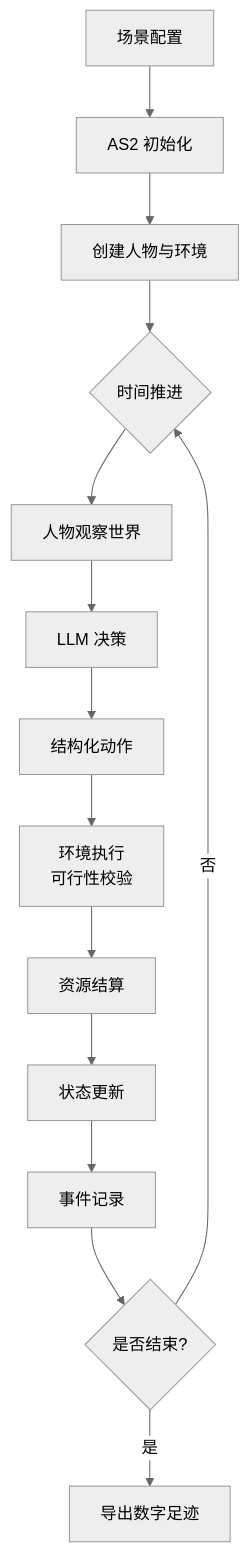
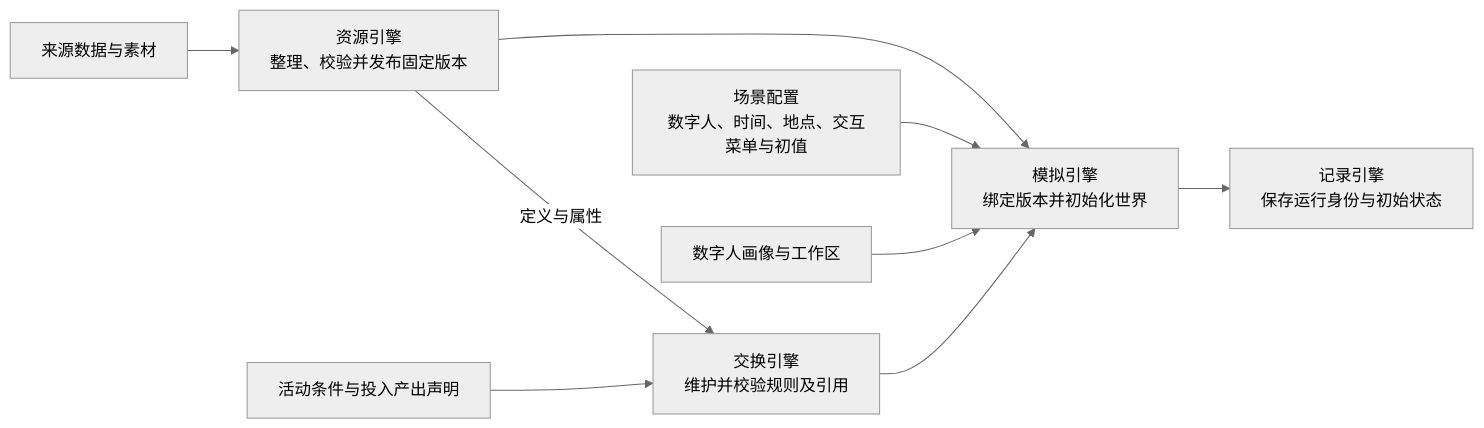
The second of 7 diagrams in docs/design/01-architecture.md (HoldThatThgt/WorldMock), drawn with Mermaid (neutral theme) before and after one commit. The commit also changed other lines of this file and 46 other files, not shown here.

````diff
--- a/docs/design/01-architecture.md
+++ b/docs/design/01-architecture.md
@@ -162,16 +104,11 @@
 ```mermaid
-flowchart TB
-    A[场景配置] --> B[AS2 初始化]
-    B --> C[创建人物与环境]
-    C --> D{时间推进}
-    D --> E[人物观察世界]
-    E --> F[LLM 决策]
-    F --> G[结构化动作]
-    G --> H[环境执行<br/>可行性校验]
-    H --> I[资源结算]
-    I --> J[状态更新]
-    J --> K[事件记录]
-    K --> L{是否结束?}
-    L -->|否| D
-    L -->|是| M[导出数字足迹]
+flowchart LR
+    SRC[来源数据与素材] --> R[资源引擎<br/>整理、校验并发布固定版本]
+    RULE[活动条件与投入产出声明] --> X[交换引擎<br/>维护并校验规则及引用]
+    R -->|定义与属性| X
+    CONF[场景配置<br/>数字人、时间、地点、交互菜单与初值] --> S[模拟引擎<br/>绑定版本并初始化世界]
+    R --> S
+    X --> S
+    PERSON[数字人画像与工作区] --> S
+    S --> F[记录引擎<br/>保存运行身份与初始状态]
 ```
````
